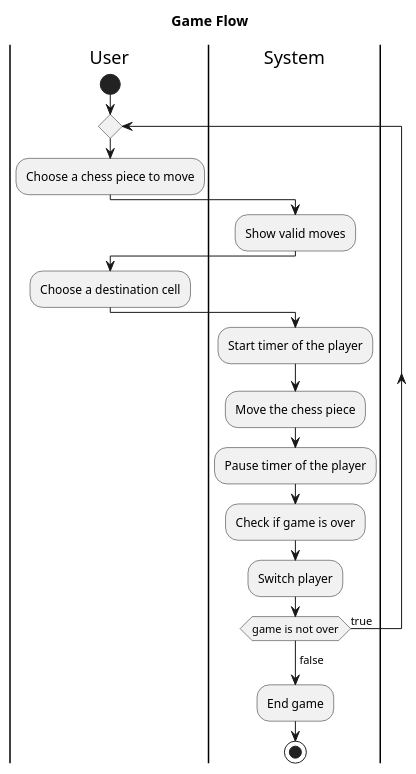
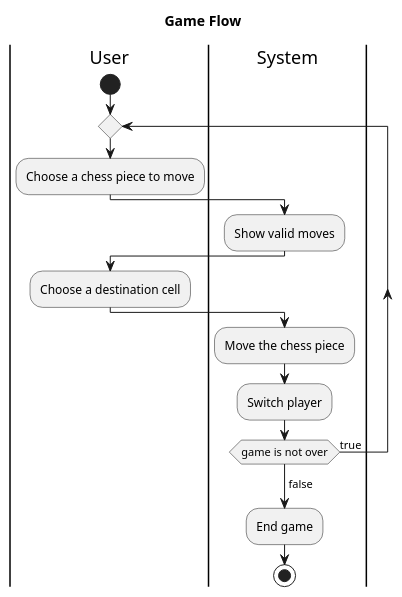
One commit to duyhq-zee1/chess-game changed the diagram in activity/play-game.puml. Above: the diagram before and after it, drawn with PlantUML. The commit also changed 2 other files, not shown here.

Commit message:
Fix diagrams

```diff
--- a/activity/play-game.puml
+++ b/activity/play-game.puml
@@ -1,28 +1,25 @@
 @startuml "Play a game activity diagram"
 title "Game Flow"
 
 |User|
 start
 repeat
 :Choose a chess piece to move;
 
 |System|
 :Show valid moves;
 
 |User|
 :Choose a destination cell;
 
 |System|
-:Start timer of the player;
 :Move the chess piece;
-:Pause timer of the player;
-:Check if game is over;
 
 |System|
 :Switch player;
 repeat while (game is not over) is (true)
 -> false;
 |System|
 :End game;
 stop
 @enduml
```
